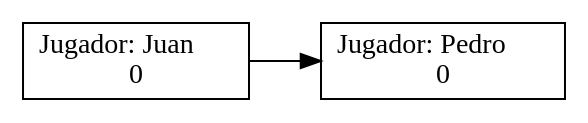
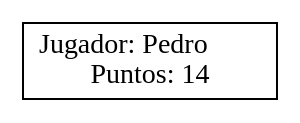
One commit to elJuanjoRamos/EDD_1S2020_PY1_201801262 changed the diagram in EDD_Proyecto1/EDD_Proyecto1/ScoreBoard.dot. Above: the diagram before and after it, drawn with Graphviz. The commit also changed 25 other files, not shown here.

```diff
--- a/EDD_Proyecto1/EDD_Proyecto1/ScoreBoard.dot
+++ b/EDD_Proyecto1/EDD_Proyecto1/ScoreBoard.dot
@@ -1,5 +1,3 @@
 digraph G {rankdir=LR;node[shape = box];
-Nodo0 [label = "Jugador: Pedro\l0"];
-Nodo1 [label = "Jugador: Juan\l0"];
-Nodo1->Nodo0;
+Nodo0 [label = " Jugador: Pedro\lPuntos: 14"];
 }
```
